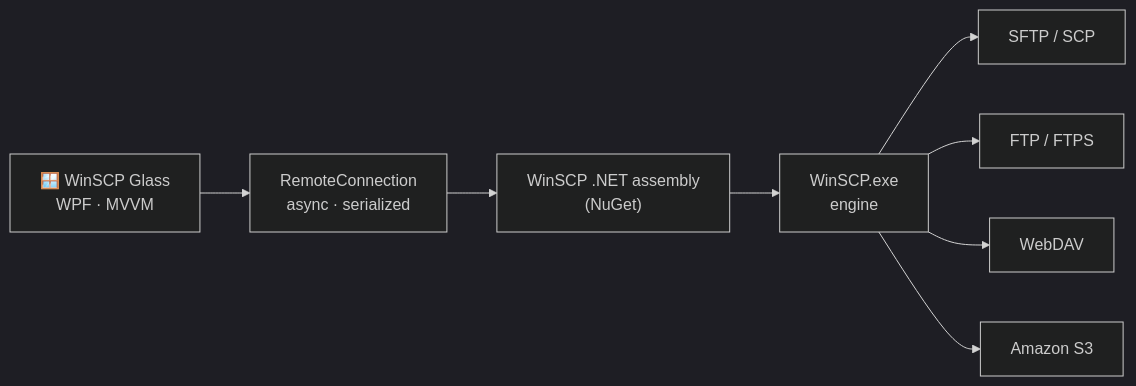
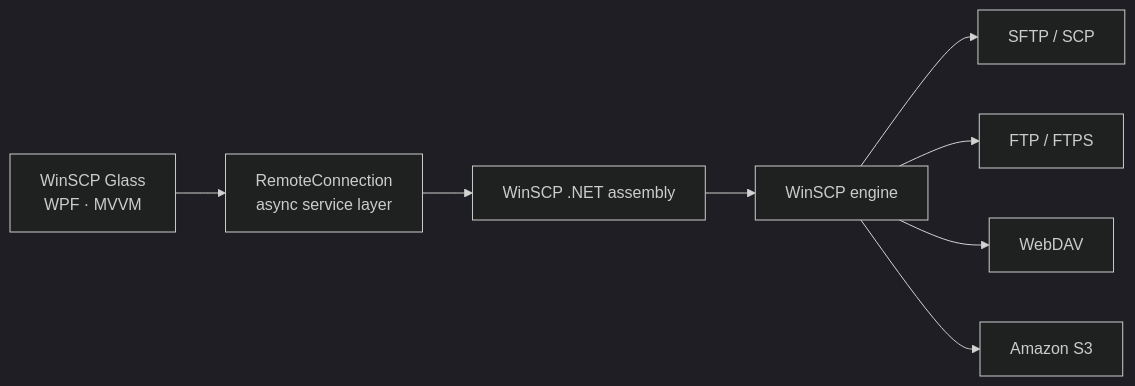
The diagram in README.md (byadnesh/WinSCP-Glass), drawn with Mermaid (dark theme) before and after one commit. The commit also changed other lines of this file, not shown here.

````diff
--- a/README.md
+++ b/README.md
@@ -212,10 +174,10 @@
 ```mermaid
 flowchart LR
-    UI["🪟 WinSCP Glass<br/>WPF · MVVM"] --> RC["RemoteConnection<br/>async · serialized"]
-    RC --> NET["WinSCP .NET assembly<br/>(NuGet)"]
-    NET --> EXE["WinSCP.exe<br/>engine"]
-    EXE --> P1["SFTP / SCP"]
-    EXE --> P2["FTP / FTPS"]
-    EXE --> P3["WebDAV"]
-    EXE --> P4["Amazon S3"]
+    UI["WinSCP Glass<br/>WPF · MVVM"] --> SVC["RemoteConnection<br/>async service layer"]
+    SVC --> NET["WinSCP .NET assembly"]
+    NET --> ENG["WinSCP engine"]
+    ENG --> A["SFTP / SCP"]
+    ENG --> B["FTP / FTPS"]
+    ENG --> C["WebDAV"]
+    ENG --> D["Amazon S3"]
 ```
````
